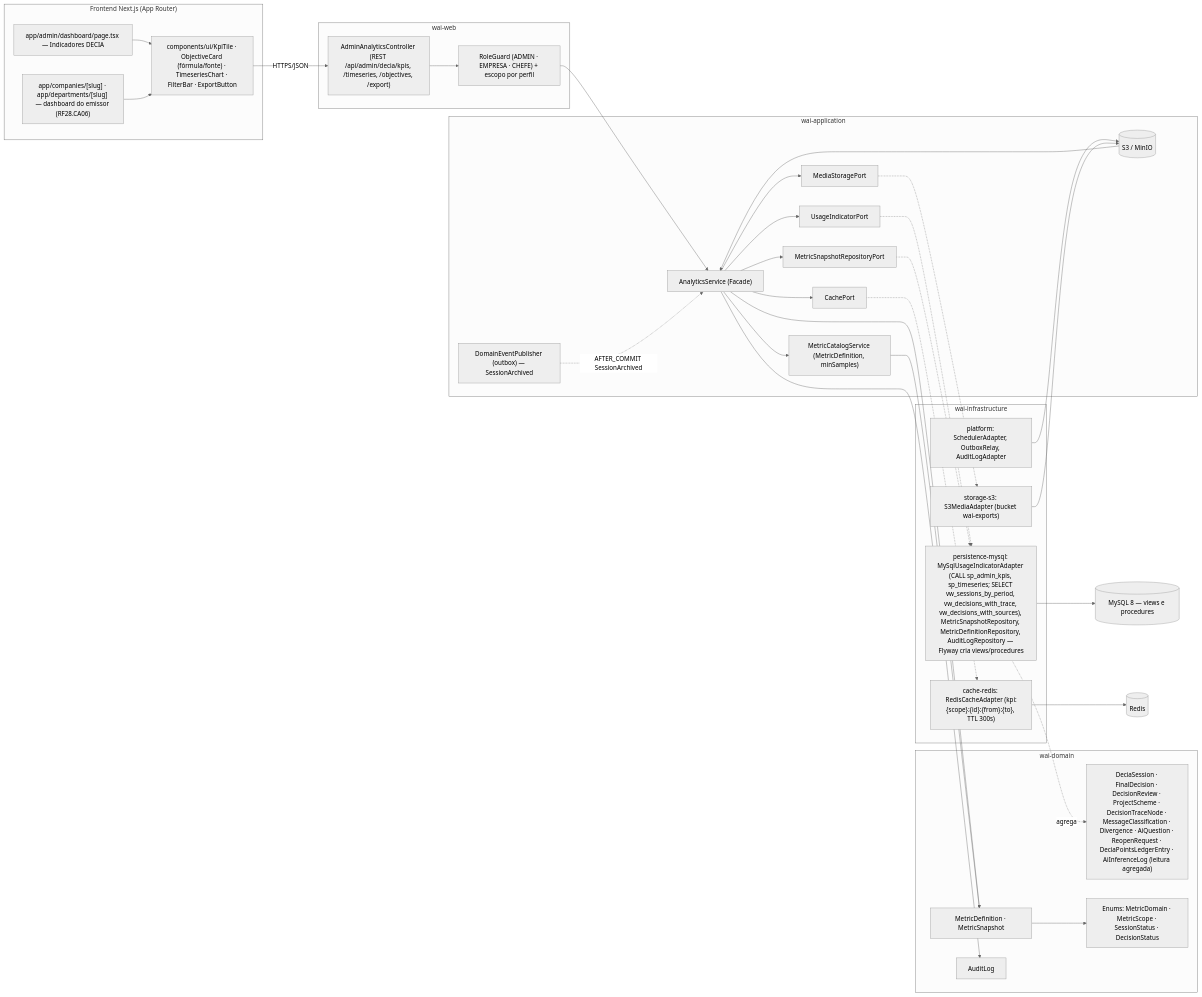
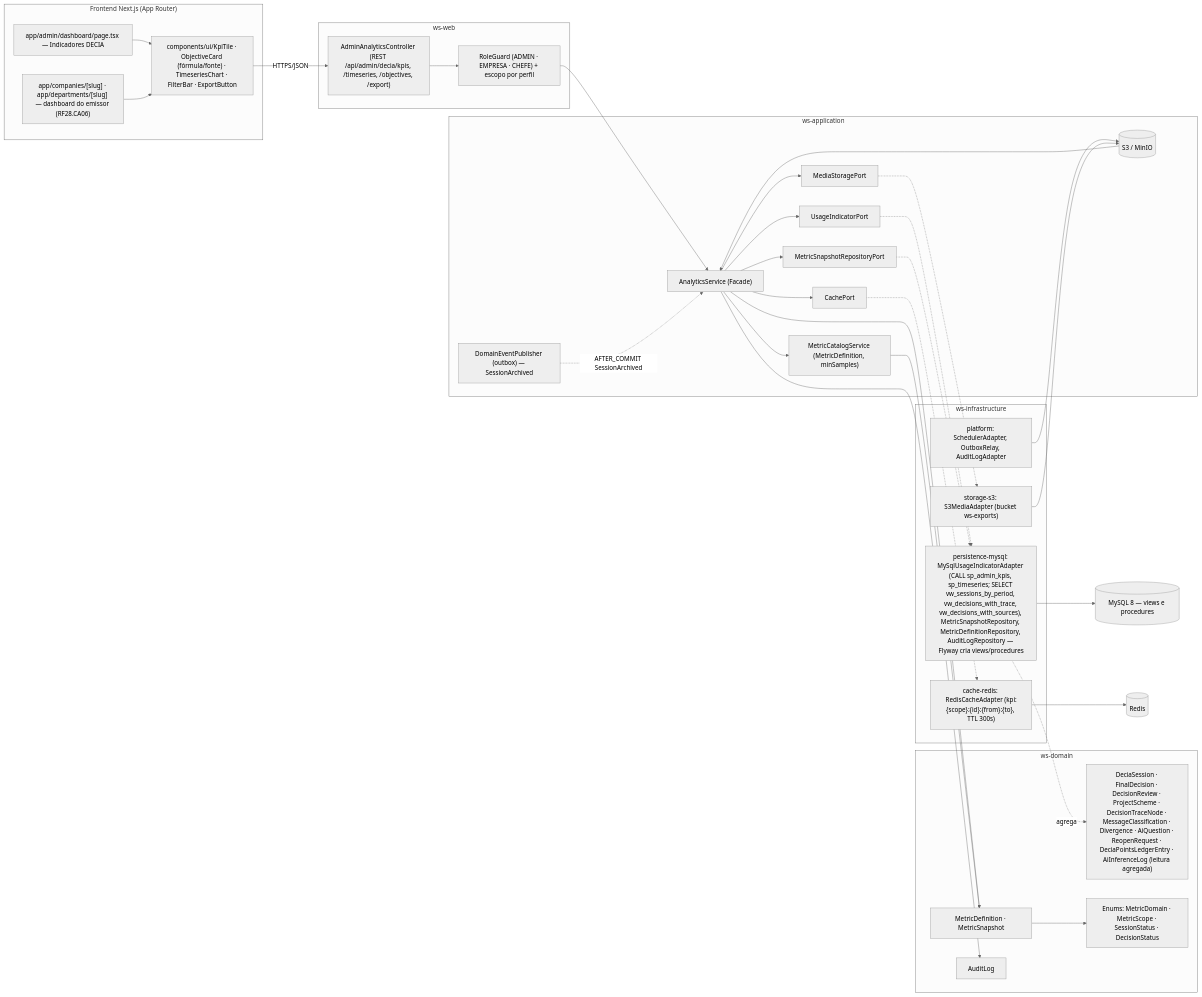
The fifth of 5 diagrams in docs/diagramas/RF18/README.md (MatheusHaliski/Decia-app-2026), drawn with Mermaid (neutral theme) before and after one commit. The commit also changed other lines of this file and 65 other files, not shown here.

First line of the commit message:
docs: renomeia o produto para Work Station (módulos ws-*), UserPreferences no diagrama v1, RF44/RF45 ajustados, design system (tokens, components.css, 66 ícones, 112 anatomias SVG, galeria e capturas) e dúvidas Q-36..Q-43

````diff
--- a/docs/diagramas/RF18/README.md
+++ b/docs/diagramas/RF18/README.md
@@ -461,66 +461,66 @@
 ```mermaid
 flowchart LR
   subgraph FE["Frontend Next.js (App Router)"]
     FE1["app/admin/dashboard/page.tsx — Indicadores DECIA"]
     FE2["app/companies/[slug] · app/departments/[slug] — dashboard do emissor (RF28.CA06)"]
     FE3["components/ui/KpiTile · ObjectiveCard (fórmula/fonte) · TimeseriesChart · FilterBar · ExportButton"]
   end
 
-  subgraph WEB["wai-web"]
+  subgraph WEB["ws-web"]
     W1["AdminAnalyticsController (REST /api/admin/decia/kpis, /timeseries, /objectives, /export)"]
     W2["RoleGuard (ADMIN · EMPRESA · CHEFE) + escopo por perfil"]
   end
 
-  subgraph APP["wai-application"]
+  subgraph APP["ws-application"]
     S1["AnalyticsService (Facade)"]
     S2["MetricCatalogService (MetricDefinition, minSamples)"]
     S3["Scheduler materializeDaily (00:10)"]
     P1["UsageIndicatorPort"]
     P2["MetricSnapshotRepositoryPort"]
     P3["CachePort"]
     P4["MediaStoragePort"]
     P5["DomainEventPublisher (outbox) — SessionArchived"]
   end
 
-  subgraph DOM["wai-domain"]
+  subgraph DOM["ws-domain"]
     D1["MetricDefinition · MetricSnapshot"]
     D2["DeciaSession · FinalDecision · DecisionReview · ProjectScheme · DecisionTraceNode · MessageClassification · Divergence · AiQuestion · ReopenRequest · DeciaPointsLedgerEntry · AiInferenceLog (leitura agregada)"]
     D3["AuditLog"]
     D4["Enums: MetricDomain · MetricScope · SessionStatus · DecisionStatus"]
   end
 
-  subgraph INFRA["wai-infrastructure"]
+  subgraph INFRA["ws-infrastructure"]
     I1["persistence-mysql: MySqlUsageIndicatorAdapter (CALL sp_admin_kpis, sp_timeseries; SELECT vw_sessions_by_period, vw_decisions_with_trace, vw_decisions_with_sources), MetricSnapshotRepository, MetricDefinitionRepository, AuditLogRepository — Flyway cria views/procedures"]
     I2["cache-redis: RedisCacheAdapter (kpi:{scope}:{id}:{from}:{to}, TTL 300s)"]
-    I3["storage-s3: S3MediaAdapter (bucket wai-exports)"]
+    I3["storage-s3: S3MediaAdapter (bucket ws-exports)"]
     I4["platform: SchedulerAdapter, OutboxRelay, AuditLogAdapter"]
   end
 
   MY[("MySQL 8 — views e procedures")]
   RD[("Redis")]
   S3[("S3 / MinIO")]
 
   FE1 --> FE3
   FE2 --> FE3
   FE3 -->|HTTPS/JSON| W1 --> W2 --> S1
   S1 --> S2
   S1 --> P1
   S1 --> P2
   S1 --> P3
   S1 --> P4
   S3 --> S1
   P5 -.->|AFTER_COMMIT SessionArchived| S1
   S1 --> D1
   S1 --> D3
   S2 --> D1
   P1 -.-> I1
   P2 -.-> I1
   P3 -.-> I2
   P4 -.-> I3
   I1 -.->|agrega| D2
   D1 --> D4
   I4 --> S3
   I1 --> MY
   I2 --> RD
   I3 --> S3
 ```
````
